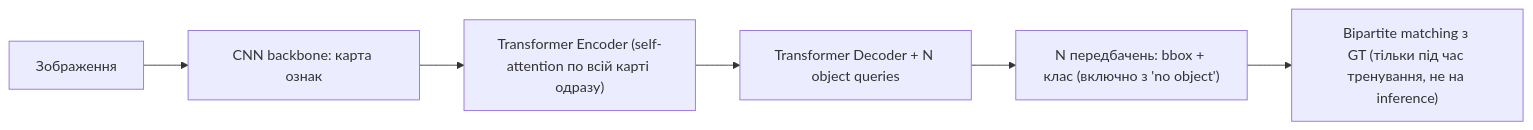
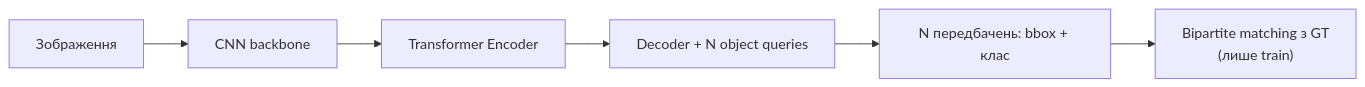
Before and after one commit to alisea-natan/aerial_vehicle_detection: the third of 5 diagrams in guides/unified_cv_ds_engineer_guide.md, drawn with Mermaid. The commit also changed other lines of this file, not shown here.

````diff
--- a/guides/unified_cv_ds_engineer_guide.md
+++ b/guides/unified_cv_ds_engineer_guide.md
@@ -364,8 +336,8 @@
 ```mermaid
 flowchart LR
-    IMG["Зображення"] --> CNN["CNN backbone:&nbsp;карта ознак"]
-    CNN --> ENC["Transformer Encoder&nbsp;(self-attention по всій карті одразу)"]
-    ENC --> DEC["Transformer Decoder&nbsp;+ N object queries"]
-    DEC --> SET["N передбачень:&nbsp;bbox + клас&nbsp;(включно з 'no object')"]
-    SET --> MATCH["Bipartite matching з GT&nbsp;(тільки під час тренування, не на inference)"]
+    IMG["Зображення"] --> CNN["CNN backbone"]
+    CNN --> ENC["Transformer Encoder"]
+    ENC --> DEC["Decoder + N object queries"]
+    DEC --> SET["N передбачень: bbox + клас"]
+    SET --> MATCH["Bipartite matching з GT\n(лише train)"]
 ```
````
